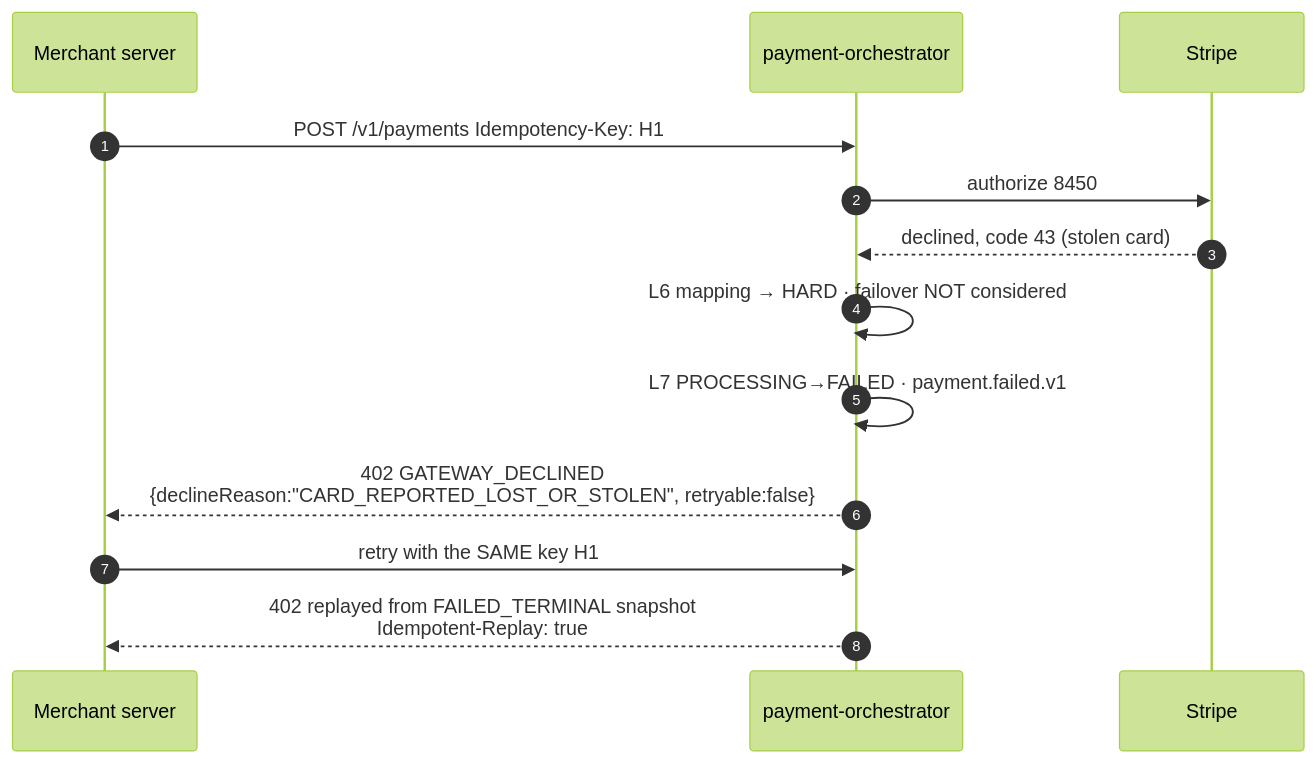
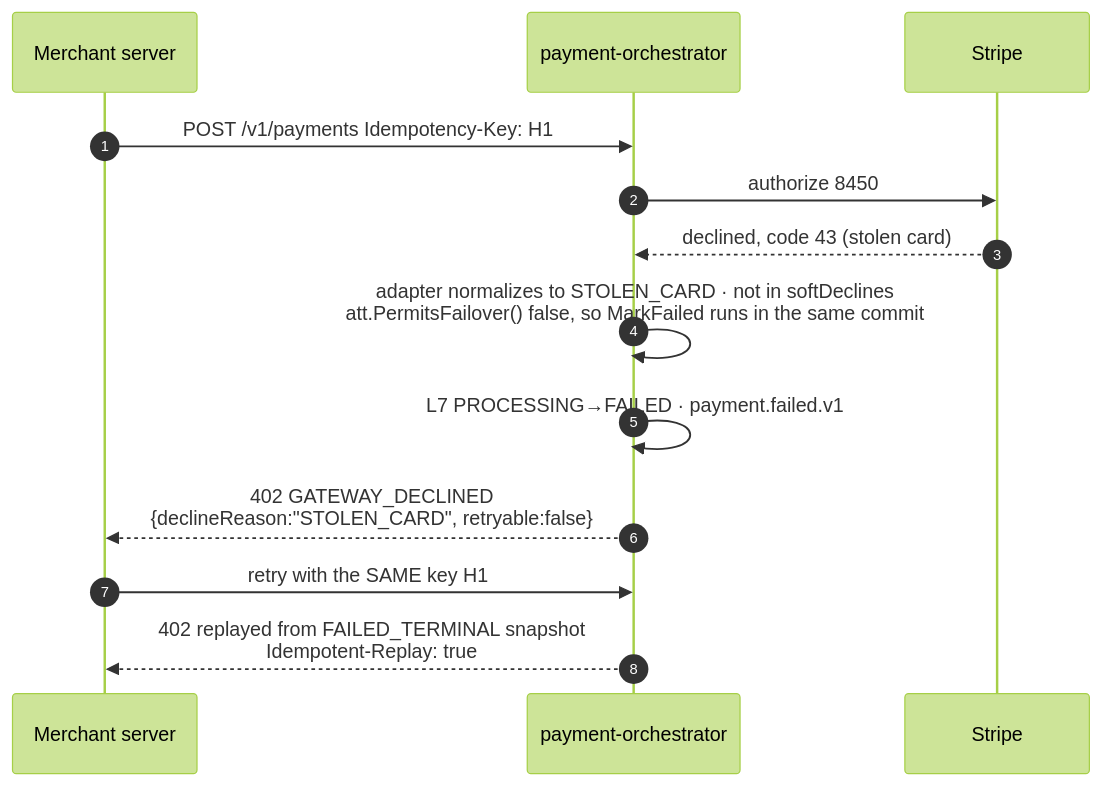
One commit to udaykishore-resu/payments-platform changed diagram 11 of 15 in docs/payment-flow.md. Above: the diagram before and after it, drawn with Mermaid (forest theme). The commit also changed other lines of this file and 67 other files, not shown here.

````diff
--- a/docs/payment-flow.md
+++ b/docs/payment-flow.md
@@ -483,15 +499,15 @@
 ```mermaid
 sequenceDiagram
     autonumber
     participant MER as Merchant server
     participant ORC as payment-orchestrator
     participant G1 as Stripe
     MER->>ORC: POST /v1/payments  Idempotency-Key: H1
     ORC->>G1: authorize 8450
     G1-->>ORC: declined, code 43 (stolen card)
-    ORC->>ORC: L6 mapping → HARD · failover NOT considered
+    ORC->>ORC: adapter normalizes to STOLEN_CARD · not in softDeclines<br/>att.PermitsFailover() false, so MarkFailed runs in the same commit
     ORC->>ORC: L7 PROCESSING→FAILED · payment.failed.v1
-    ORC-->>MER: 402 GATEWAY_DECLINED<br/>{declineReason:"CARD_REPORTED_LOST_OR_STOLEN", retryable:false}
+    ORC-->>MER: 402 GATEWAY_DECLINED<br/>{declineReason:"STOLEN_CARD", retryable:false}
     MER->>ORC: retry with the SAME key H1
     ORC-->>MER: 402 replayed from FAILED_TERMINAL snapshot<br/>Idempotent-Replay: true
 ```
````
